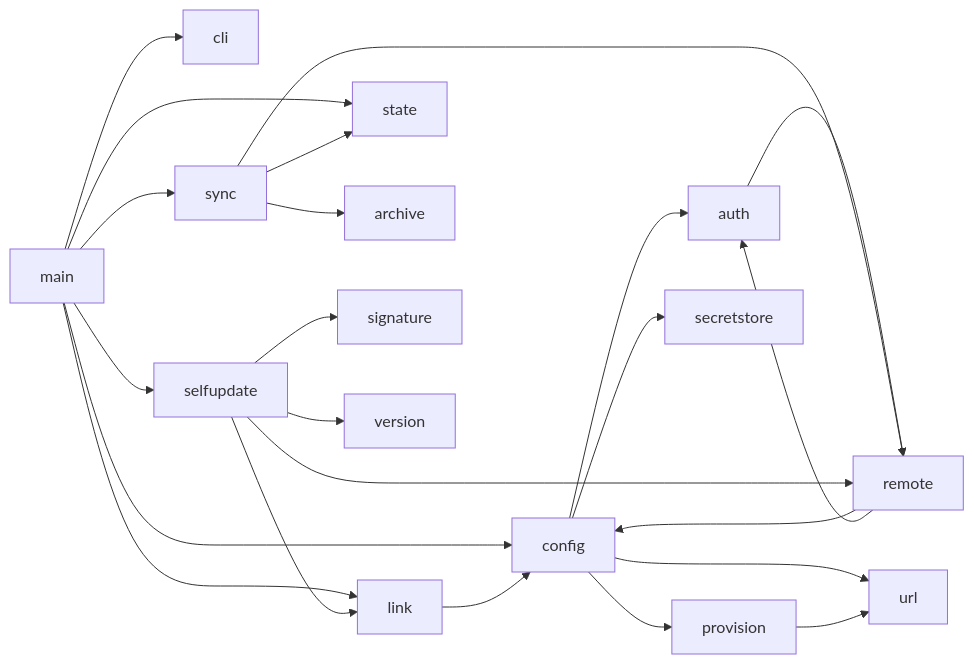
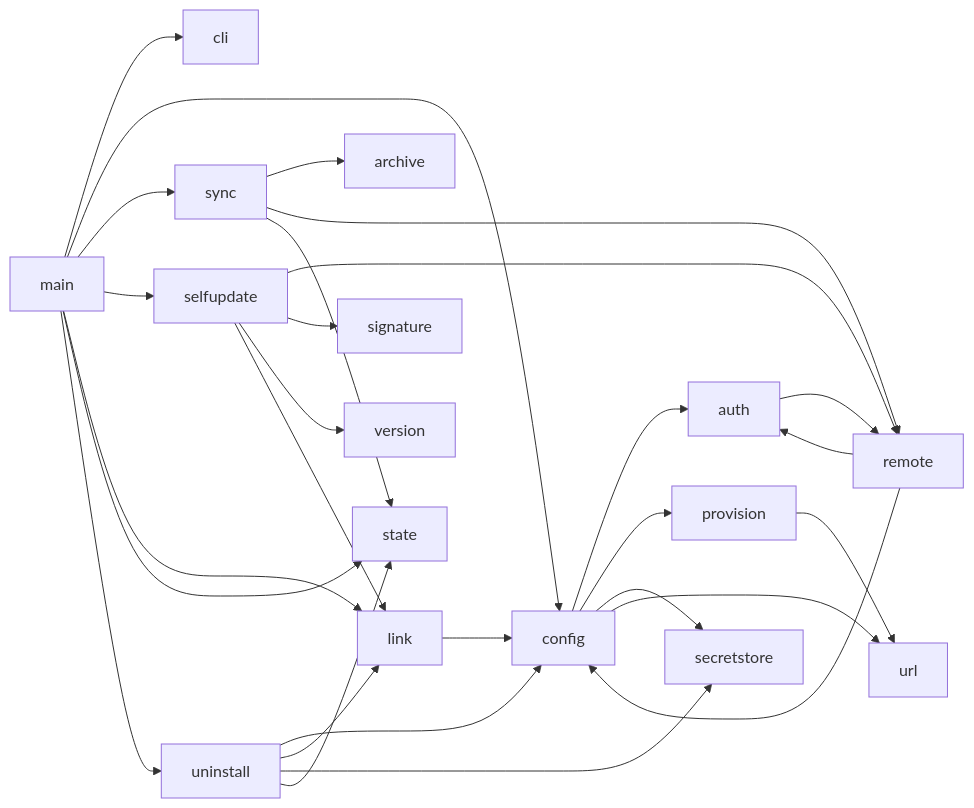
The diagram in docs/ARCHITECTURE.md (damac-italia/brainmaker), drawn with Mermaid before and after one commit. The commit also changed other lines of this file and 14 other files, not shown here.

````diff
--- a/docs/ARCHITECTURE.md
+++ b/docs/ARCHITECTURE.md
@@ -33,25 +35,30 @@
 ```mermaid
 graph LR
     main --> cli
     main --> config
     main --> sync
     main --> selfupdate
     main --> link
     main --> state
+    main --> uninstall
     config --> auth
     config --> provision
     config --> secretstore
     config --> url
     provision --> url
     auth --> remote
     sync --> archive
     sync --> remote
     sync --> state
     selfupdate --> remote
     selfupdate --> signature
     selfupdate --> version
     selfupdate --> link
     remote --> config
     remote --> auth
     link --> config
+    uninstall --> config
+    uninstall --> link
+    uninstall --> secretstore
+    uninstall --> state
 ```
````
